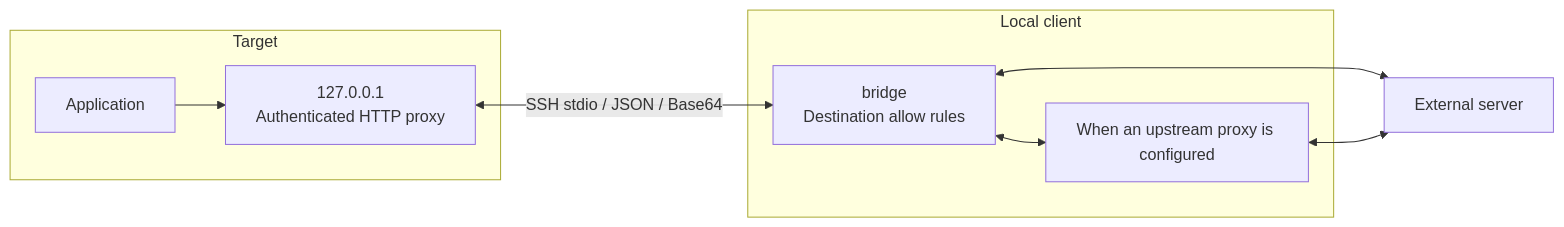
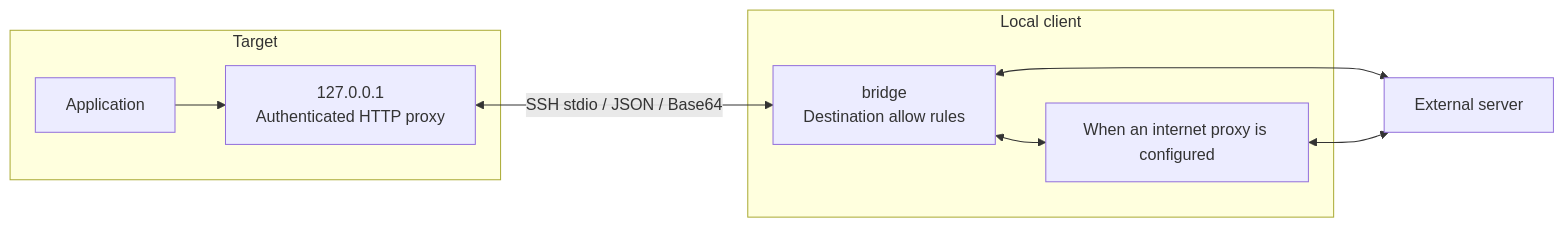
One commit to Hondarer/host-shell-mcp changed the diagram in docs/en/client-proxy.md. Above: the diagram before and after it, drawn with Mermaid. The commit also changed other lines of this file and 40 other files, not shown here.

````diff
--- a/docs/en/client-proxy.md
+++ b/docs/en/client-proxy.md
@@ -26,14 +26,14 @@
 ```mermaid
 flowchart LR
     subgraph Target["Target"]
         App["Application"] --> Proxy["127.0.0.1<br/>Authenticated HTTP proxy"]
     end
     subgraph Client["Local client"]
         Bridge["bridge<br/>Destination allow rules"]
-        Upstream["When an upstream proxy is configured"]
+        InternetProxy["When an internet proxy is configured"]
     end
     Proxy <-->|"SSH stdio / JSON / Base64"| Bridge
     Bridge <--> External["External server"]
-    Bridge <--> Upstream
-    Upstream <--> External
+    Bridge <--> InternetProxy
+    InternetProxy <--> External
 ```
````
